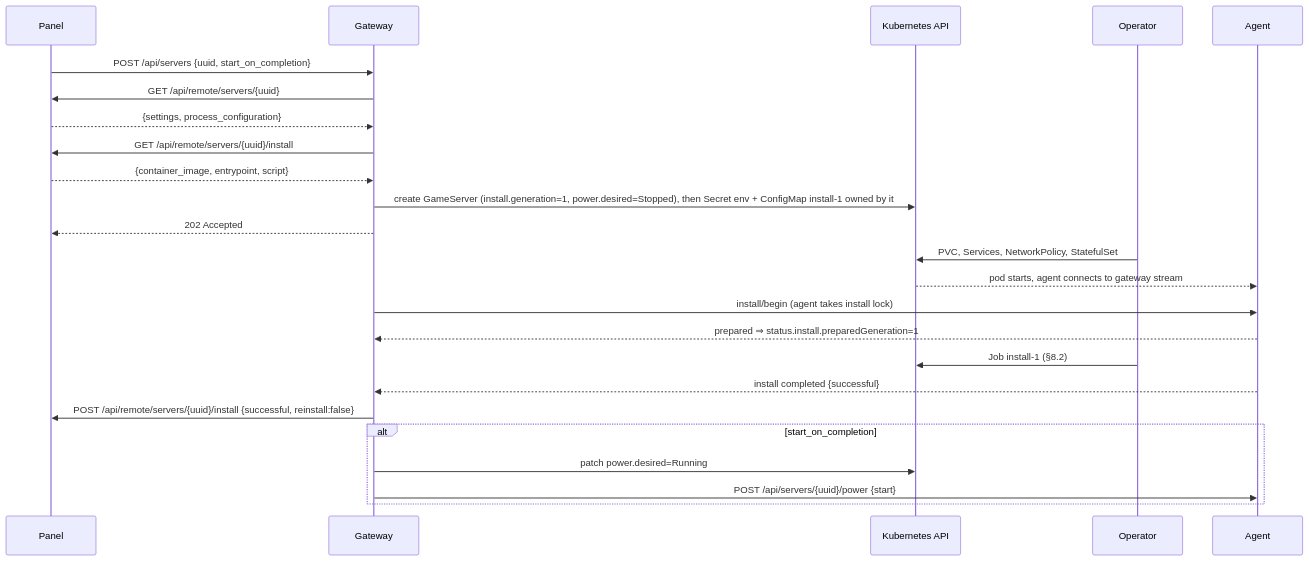
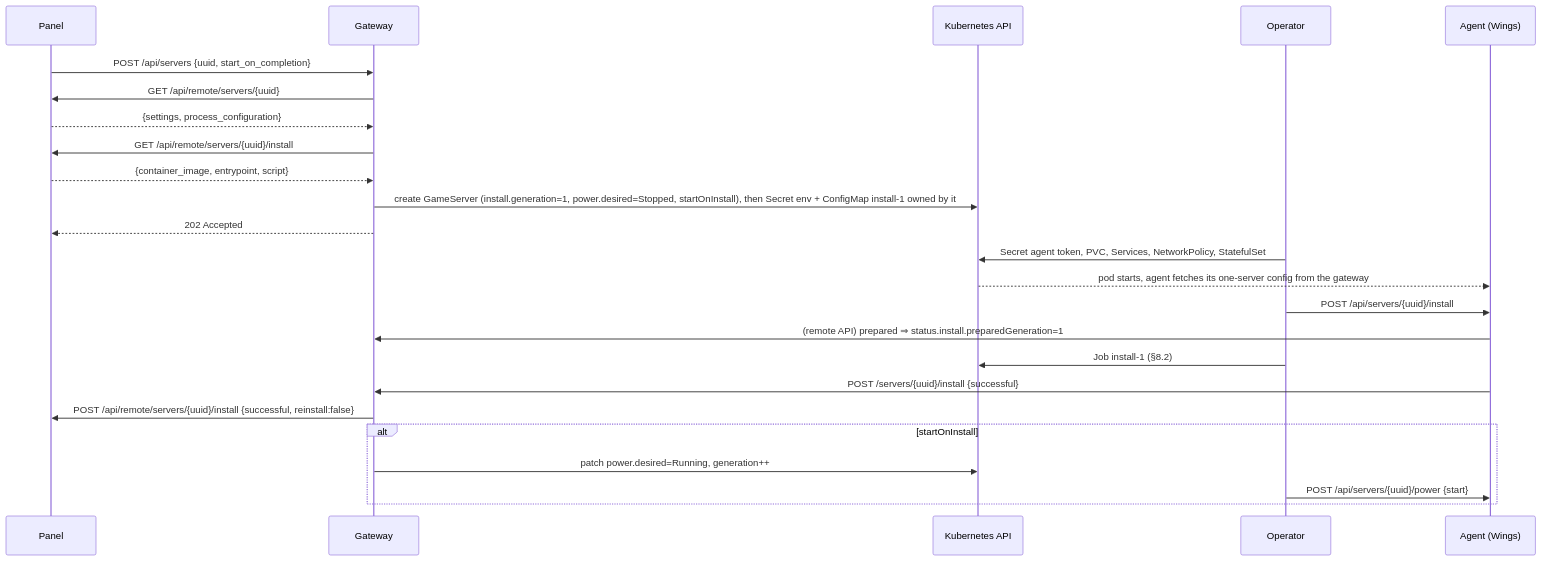
One commit to Claiyc/pelican-k8s changed the fourth of 5 diagrams in ARCHITECTURE.md. Above: the diagram before and after it, drawn with Mermaid. The commit also changed other lines of this file and 1 other file, not shown here.

````diff
--- a/ARCHITECTURE.md
+++ b/ARCHITECTURE.md
@@ -766,26 +834,26 @@
 ```mermaid
 sequenceDiagram
   participant P as Panel
   participant G as Gateway
   participant K as Kubernetes API
   participant O as Operator
-  participant A as Agent
+  participant A as Agent (Wings)
   P->>G: POST /api/servers {uuid, start_on_completion}
   G->>P: GET /api/remote/servers/{uuid}
   P-->>G: {settings, process_configuration}
   G->>P: GET /api/remote/servers/{uuid}/install
   P-->>G: {container_image, entrypoint, script}
-  G->>K: create GameServer (install.generation=1, power.desired=Stopped), then Secret env + ConfigMap install-1 owned by it
+  G->>K: create GameServer (install.generation=1, power.desired=Stopped, startOnInstall), then Secret env + ConfigMap install-1 owned by it
   G-->>P: 202 Accepted
-  O->>K: PVC, Services, NetworkPolicy, StatefulSet
-  K-->>A: pod starts, agent connects to gateway stream
-  G->>A: install/begin (agent takes install lock)
-  A-->>G: prepared ⇒ status.install.preparedGeneration=1
+  O->>K: Secret agent token, PVC, Services, NetworkPolicy, StatefulSet
+  K-->>A: pod starts, agent fetches its one-server config from the gateway
+  O->>A: POST /api/servers/{uuid}/install
+  A->>G: (remote API) prepared ⇒ status.install.preparedGeneration=1
   O->>K: Job install-1 (§8.2)
-  A-->>G: install completed {successful}
+  A->>G: POST /servers/{uuid}/install {successful}
   G->>P: POST /api/remote/servers/{uuid}/install {successful, reinstall:false}
-  alt start_on_completion
-    G->>K: patch power.desired=Running
-    G->>A: POST /api/servers/{uuid}/power {start}
+  alt startOnInstall
+    G->>K: patch power.desired=Running, generation++
+    O->>A: POST /api/servers/{uuid}/power {start}
   end
 ```
````
